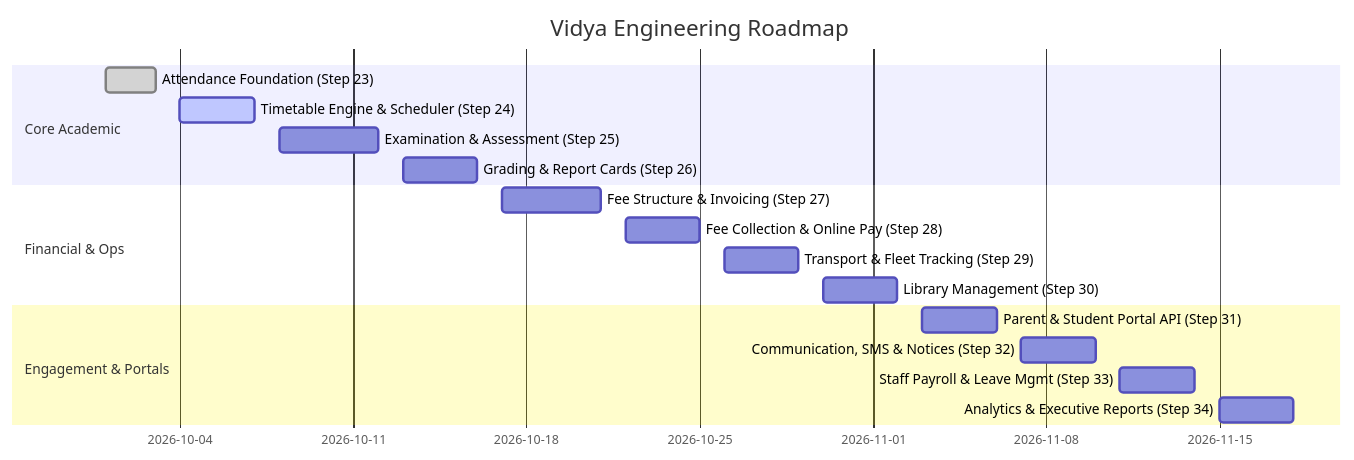
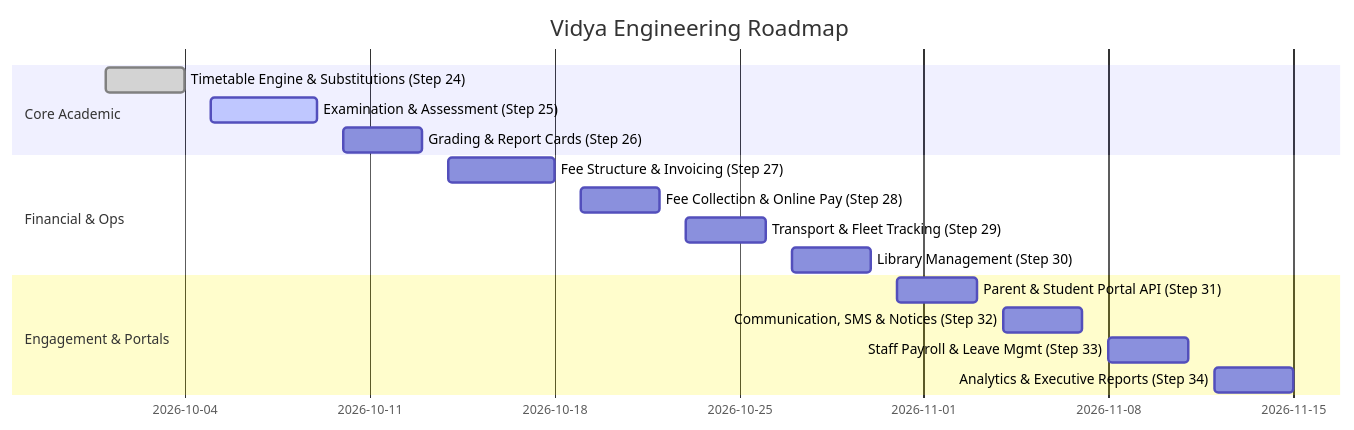
One commit to Chhavidutt-Bhardwaj/vidya_Backend changed the second of 2 diagrams in PROJECT_OVERVIEW.md. Above: the diagram before and after it, drawn with Mermaid. The commit also changed other lines of this file and 71 other files, not shown here.

````diff
--- a/PROJECT_OVERVIEW.md
+++ b/PROJECT_OVERVIEW.md
@@ -145,20 +149,19 @@
 ```mermaid
 gantt
     title Vidya Engineering Roadmap
     dateFormat  YYYY-MM-DD
     section Core Academic
-    Attendance Foundation (Step 23)        :done, 2026-10-01, 2026-10-03
-    Timetable Engine & Scheduler (Step 24) :active, 2026-10-04, 2026-10-07
-    Examination & Assessment (Step 25)    :2026-10-08, 2026-10-12
-    Grading & Report Cards (Step 26)       :2026-10-13, 2026-10-16
+    Timetable Engine & Substitutions (Step 24) :done, 2026-10-01, 2026-10-04
+    Examination & Assessment (Step 25)    :active, 2026-10-05, 2026-10-09
+    Grading & Report Cards (Step 26)       :2026-10-10, 2026-10-13
     section Financial & Ops
-    Fee Structure & Invoicing (Step 27)    :2026-10-17, 2026-10-21
-    Fee Collection & Online Pay (Step 28)  :2026-10-22, 2026-10-25
-    Transport & Fleet Tracking (Step 29)   :2026-10-26, 2026-10-29
-    Library Management (Step 30)           :2026-10-30, 2026-11-02
+    Fee Structure & Invoicing (Step 27)    :2026-10-14, 2026-10-18
+    Fee Collection & Online Pay (Step 28)  :2026-10-19, 2026-10-22
+    Transport & Fleet Tracking (Step 29)   :2026-10-23, 2026-10-26
+    Library Management (Step 30)           :2026-10-27, 2026-10-30
     section Engagement & Portals
-    Parent & Student Portal API (Step 31)  :2026-11-03, 2026-11-06
-    Communication, SMS & Notices (Step 32) :2026-11-07, 2026-11-10
-    Staff Payroll & Leave Mgmt (Step 33)   :2026-11-11, 2026-11-14
-    Analytics & Executive Reports (Step 34):2026-11-15, 2026-11-18
+    Parent & Student Portal API (Step 31)  :2026-10-31, 2026-11-03
+    Communication, SMS & Notices (Step 32) :2026-11-04, 2026-11-07
+    Staff Payroll & Leave Mgmt (Step 33)   :2026-11-08, 2026-11-11
+    Analytics & Executive Reports (Step 34):2026-11-12, 2026-11-15
 ```
````
